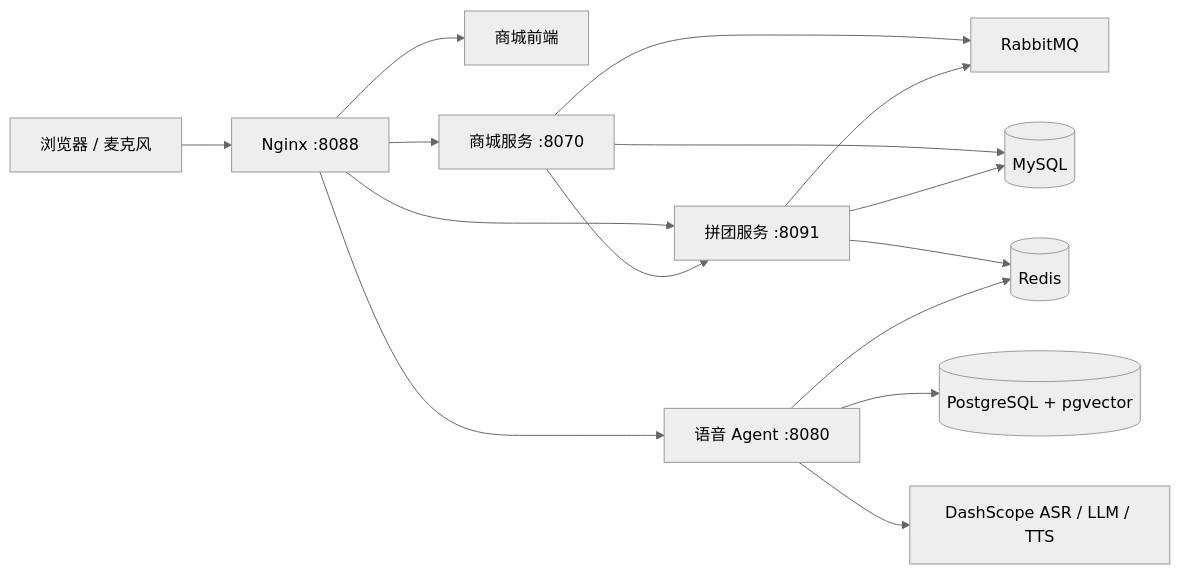
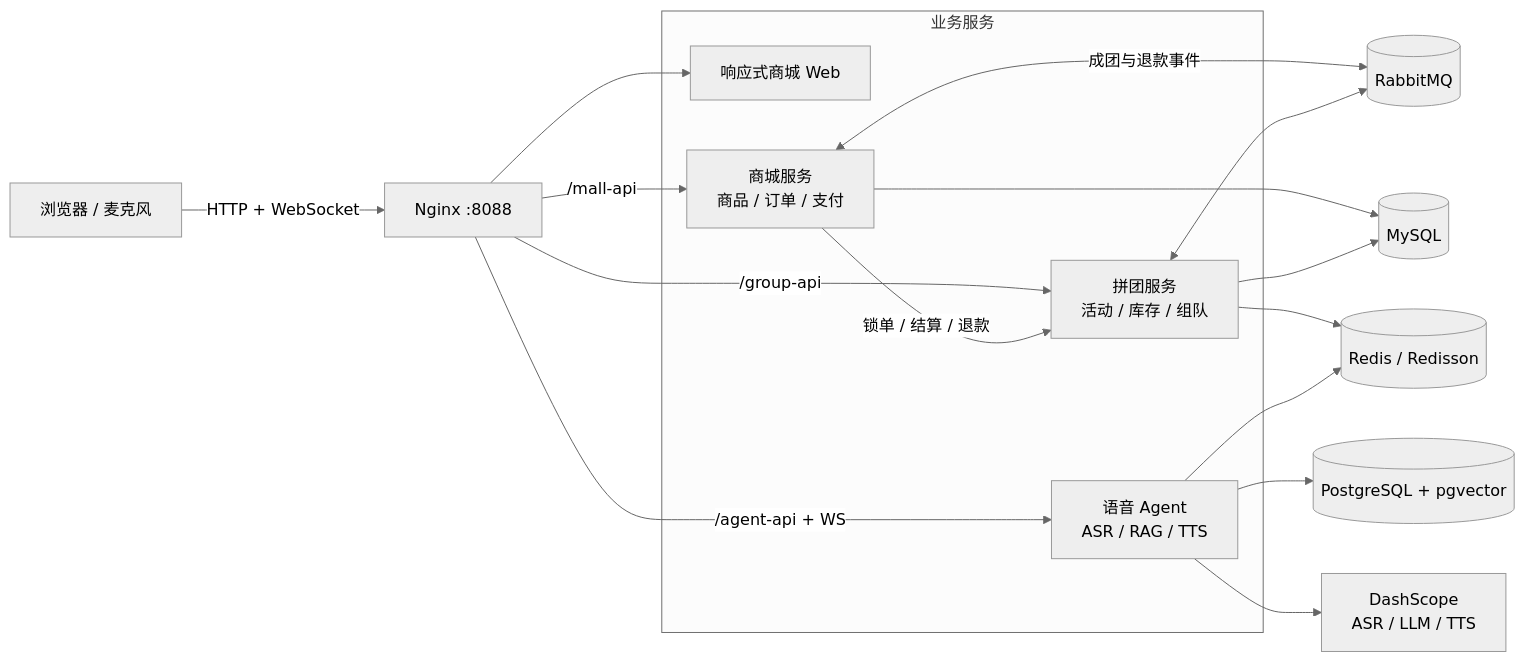
The first of 2 diagrams in README.md (zhong231/aipintuan-ai-mall), drawn with Mermaid (neutral theme) before and after one commit. The commit also changed other lines of this file and 4 other files, not shown here.

Commit message:
docs: present AI mall architecture and verified demos

````diff
--- a/README.md
+++ b/README.md
@@ -21,17 +48,26 @@
 ```mermaid
 flowchart LR
-    U[浏览器 / 麦克风] --> N[Nginx :8088]
-    N --> W[商城前端]
-    N --> M[商城服务 :8070]
-    N --> G[拼团服务 :8091]
-    N --> A[语音 Agent :8080]
-    M --> G
-    M --> MQ[RabbitMQ]
-    G --> MQ
+    U[浏览器 / 麦克风] -->|HTTP + WebSocket| N[Nginx :8088]
+
+    subgraph APP[业务服务]
+        W[响应式商城 Web]
+        M[商城服务<br/>商品 / 订单 / 支付]
+        G[拼团服务<br/>活动 / 库存 / 组队]
+        A[语音 Agent<br/>ASR / RAG / TTS]
+    end
+
+    N --> W
+    N -->|/mall-api| M
+    N -->|/group-api| G
+    N -->|/agent-api + WS| A
+
+    M -->|锁单 / 结算 / 退款| G
+    M <-->|成团与退款事件| MQ[(RabbitMQ)]
+    G <--> MQ
     M --> MY[(MySQL)]
     G --> MY
-    G --> R[(Redis)]
+    G --> R[(Redis / Redisson)]
     A --> P[(PostgreSQL + pgvector)]
     A --> R
-    A --> Q[DashScope ASR / LLM / TTS]
+    A --> Q[DashScope<br/>ASR / LLM / TTS]
 ```
````
